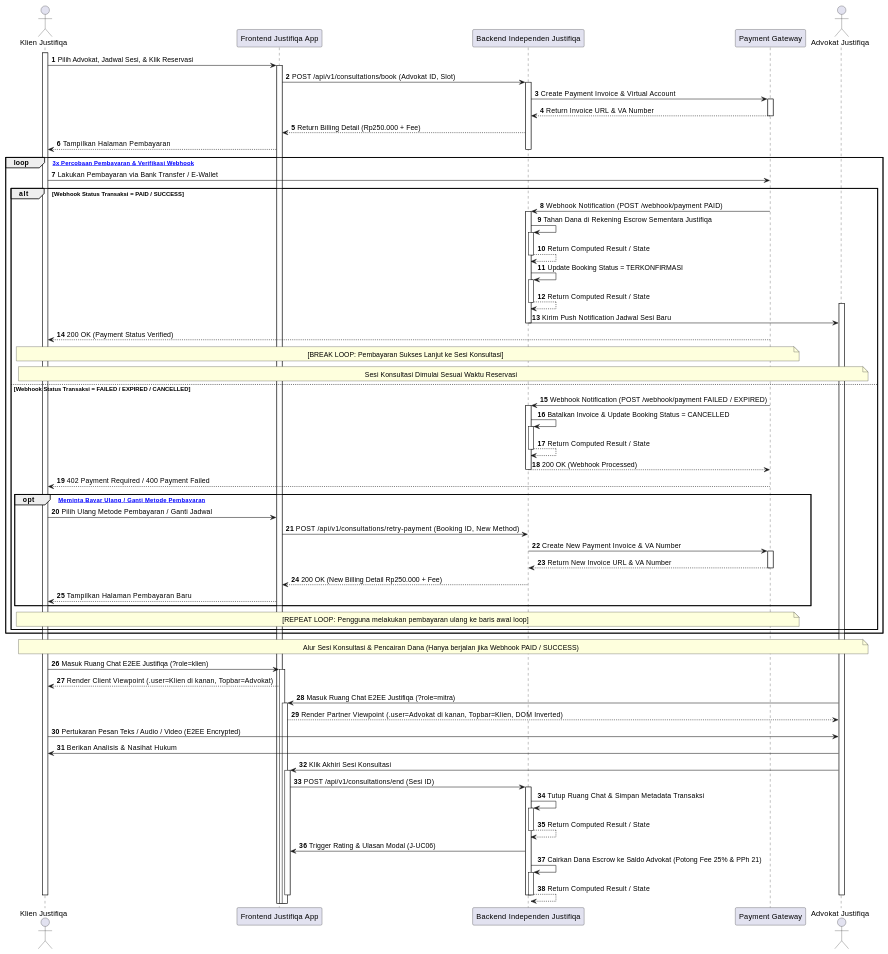
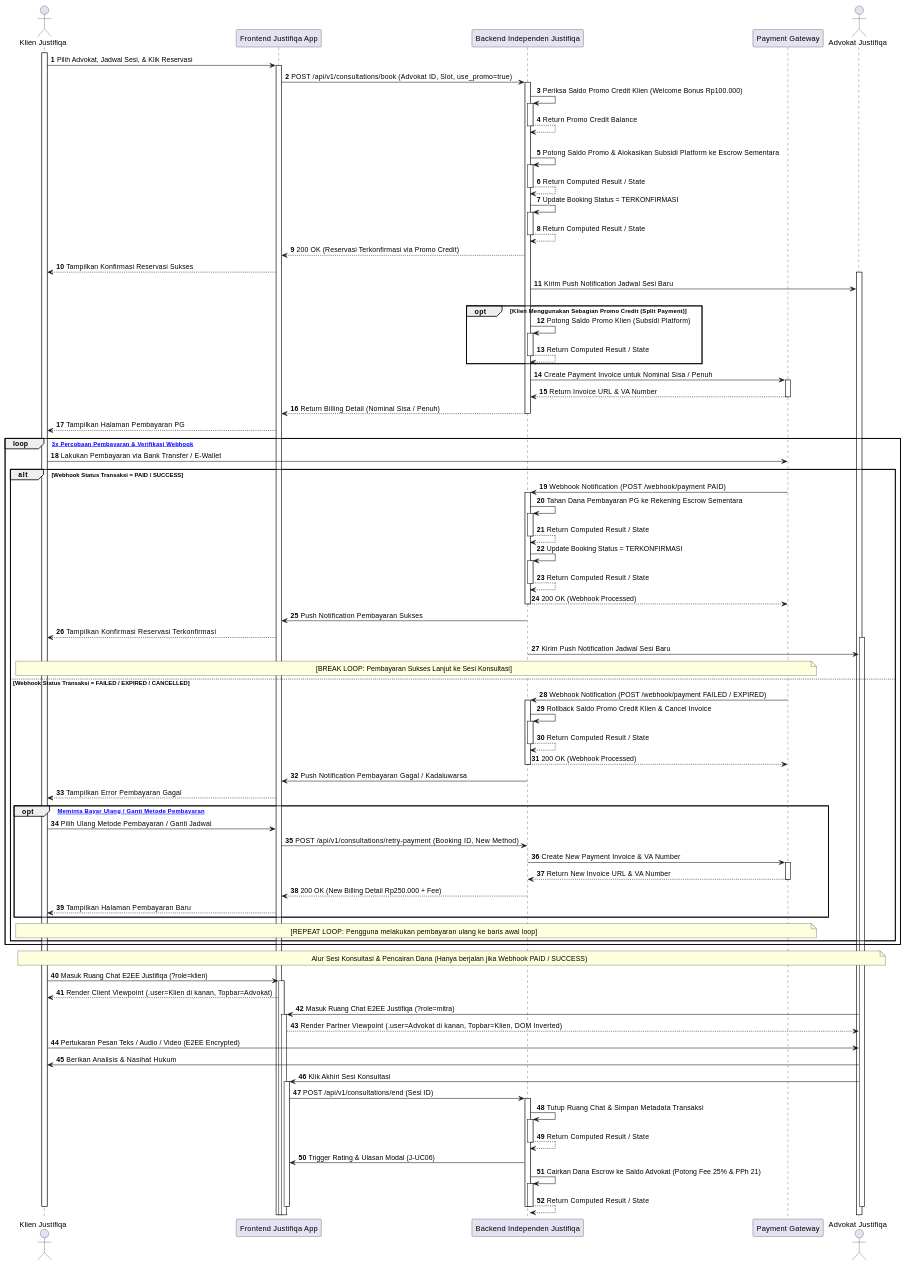
One commit to tupperwureism/SuperApp-Gagal changed the third of 28 diagrams in MarkDown/plantuml_sequence_diagrams.md. Above: the diagram before and after it, drawn with PlantUML. The commit also changed 1 other file, not shown here.

Commit message:
feat(payment): integrate Welcome Bonus Promo Credit Wallet (Full Promo or Split Payment) into AD-J-03 and SD-J-03

```diff
--- a/MarkDown/plantuml_sequence_diagrams.md
+++ b/MarkDown/plantuml_sequence_diagrams.md
@@ -175,35 +175,51 @@
 
 activate Klien
 Klien -> FE ++ : Pilih Advokat, Jadwal Sesi, & Klik Reservasi
-FE -> BE ++ : POST /api/v1/consultations/book (Advokat ID, Slot)
-BE -> PG ++ : Create Payment Invoice & Virtual Account
-PG --> BE -- : Return Invoice URL & VA Number
-BE --> FE : Return Billing Detail (Rp250.000 + Fee)
-FE --> Klien : Tampilkan Halaman Pembayaran
-deactivate BE
+FE -> BE ++ : POST /api/v1/consultations/book (Advokat ID, Slot, use_promo=true)
+BE -> BE ++ : Periksa Saldo Promo Credit Klien (Welcome Bonus Rp100.000)
+BE --> BE -- : Return Promo Credit Balance
 
-loop [Maksimal 3x Percobaan Pembayaran & Verifikasi Webhook]
-    Klien -> PG : Lakukan Pembayaran via Bank Transfer / E-Wallet
+alt Saldo Promo Mencukupi 100% Tagihan (Full Promo Credit)
+    BE -> BE ++ : Potong Saldo Promo & Alokasikan Subsidi Platform ke Escrow Sementara
+    BE --> BE -- : Return Computed Result / State
+    BE -> BE ++ : Update Booking Status = TERKONFIRMASI
+    BE --> BE -- : Return Computed Result / State
+    BE --> FE : 200 OK (Reservasi Terkonfirmasi via Promo Credit)
+    FE --> Klien : Tampilkan Konfirmasi Reservasi Sukses
+    activate Mitra
+    BE -> Mitra : Kirim Push Notification Jadwal Sesi Baru
+else Bayar Penuh / Sebagian via Payment Gateway (Split Payment)
+    opt Klien Menggunakan Sebagian Promo Credit (Split Payment)
+        BE -> BE ++ : Potong Saldo Promo Klien (Subsidi Platform)
+        BE --> BE -- : Return Computed Result / State
+    end
+    BE -> PG ++ : Create Payment Invoice untuk Nominal Sisa / Penuh
+    PG --> BE -- : Return Invoice URL & VA Number
+    BE --> FE -- : Return Billing Detail (Nominal Sisa / Penuh)
+    FE --> Klien : Tampilkan Halaman Pembayaran PG
 
-    alt Webhook Status Transaksi = PAID / SUCCESS
-        PG -> BE ++ : Webhook Notification (POST /webhook/payment PAID)
-        BE -> BE ++ : Tahan Dana di Rekening Escrow Sementara Justifiqa
-        BE --> BE -- : Return Computed Result / State
-        BE -> BE ++ : Update Booking Status = TERKONFIRMASI
-        BE --> BE -- : Return Computed Result / State
-        activate Mitra
-        BE -> Mitra : Kirim Push Notification Jadwal Sesi Baru
-        deactivate BE
-        PG --> Klien : 200 OK (Payment Status Verified)
-        note over Klien, PG : [BREAK LOOP: Pembayaran Sukses Lanjut ke Sesi Konsultasi]
-        
-        note over Klien, Mitra : Sesi Konsultasi Dimulai Sesuai Waktu Reservasi
-    else Webhook Status Transaksi = FAILED / EXPIRED / CANCELLED
-        PG -> BE ++ : Webhook Notification (POST /webhook/payment FAILED / EXPIRED)
-        BE -> BE ++ : Batalkan Invoice & Update Booking Status = CANCELLED
-        BE --> BE -- : Return Computed Result / State
-        BE --> PG -- : 200 OK (Webhook Processed)
-        PG --> Klien : 402 Payment Required / 400 Payment Failed
+    loop [Maksimal 3x Percobaan Pembayaran & Verifikasi Webhook]
+        Klien -> PG : Lakukan Pembayaran via Bank Transfer / E-Wallet
+
+        alt Webhook Status Transaksi = PAID / SUCCESS
+            PG -> BE ++ : Webhook Notification (POST /webhook/payment PAID)
+            BE -> BE ++ : Tahan Dana Pembayaran PG ke Rekening Escrow Sementara
+            BE --> BE -- : Return Computed Result / State
+            BE -> BE ++ : Update Booking Status = TERKONFIRMASI
+            BE --> BE -- : Return Computed Result / State
+            BE --> PG -- : 200 OK (Webhook Processed)
+            BE -> FE : Push Notification Pembayaran Sukses
+            FE --> Klien : Tampilkan Konfirmasi Reservasi Terkonfirmasi
+            activate Mitra
+            BE -> Mitra : Kirim Push Notification Jadwal Sesi Baru
+            note over Klien, PG : [BREAK LOOP: Pembayaran Sukses Lanjut ke Sesi Konsultasi]
+        else Webhook Status Transaksi = FAILED / EXPIRED / CANCELLED
+            PG -> BE ++ : Webhook Notification (POST /webhook/payment FAILED / EXPIRED)
+            BE -> BE ++ : Rollback Saldo Promo Credit Klien & Cancel Invoice
+            BE --> BE -- : Return Computed Result / State
+            BE --> PG -- : 200 OK (Webhook Processed)
+            BE -> FE : Push Notification Pembayaran Gagal / Kadaluwarsa
+            FE --> Klien : Tampilkan Error Pembayaran Gagal
         
         opt [Pengguna Meminta Bayar Ulang / Ganti Metode Pembayaran]
             Klien -> FE : Pilih Ulang Metode Pembayaran / Ganti Jadwal
```
